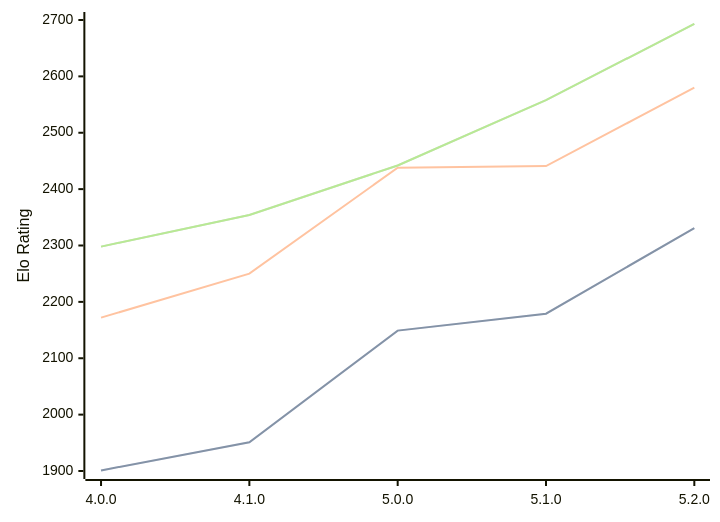
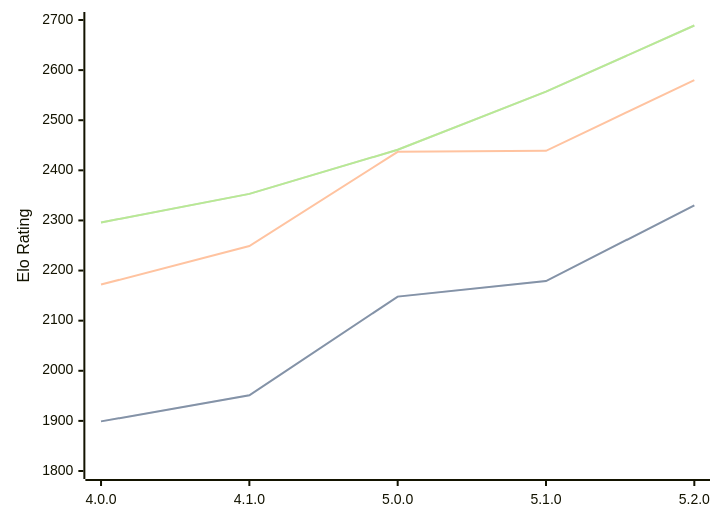
The diagram in engines/Aconcagua.md (computer-chess-index/cci), drawn with Mermaid before and after one commit. The commit also changed other lines of this file, not shown here.

Commit message:
Update CCI Ratings (ELO VLTC) - 2026-08-04

````diff
--- a/engines/Aconcagua.md
+++ b/engines/Aconcagua.md
@@ -44,11 +44,11 @@
 ```mermaid
 %%{init: {"theme":"base","themeVariables":{"seriesColors:['#a3a3a3','#222221','#faa371']}}}%%
 xychart-beta
   x-axis ["4.0.0", "4.1.0", "5.0.0", "5.1.0", "5.2.0"]
-  y-axis "Elo Rating" 1900 --> 2700
-  line "STC (8.0+0.08s)" [1901, 1951, 2149, 2179, 2331]
-  line "STC (8.0+0.08s)" [1901, 1951, 2149, 2179, 2331]
-  line "LTC (60.0+0.60s)" [2172, 2250, 2438, 2441, 2580]
-  line "VLTC (2m24s+1.12s)" [2298, 2354, 2442, 2558, 2693]
-  line "VLTC (2m24s+1.12s)" [2298, 2354, 2442, 2558, 2693]
+  y-axis "Elo Rating" 1800 --> 2700
+  line "STC (8.0+0.08s)" [1899, 1951, 2148, 2179, 2330]
+  line "STC (8.0+0.08s)" [1899, 1951, 2148, 2179, 2330]
+  line "LTC (60.0+0.60s)" [2172, 2249, 2437, 2439, 2580]
+  line "VLTC (2m24s+1.12s)" [2296, 2353, 2441, 2557, 2689]
+  line "VLTC (2m24s+1.12s)" [2296, 2353, 2441, 2557, 2689]
 ```
````
